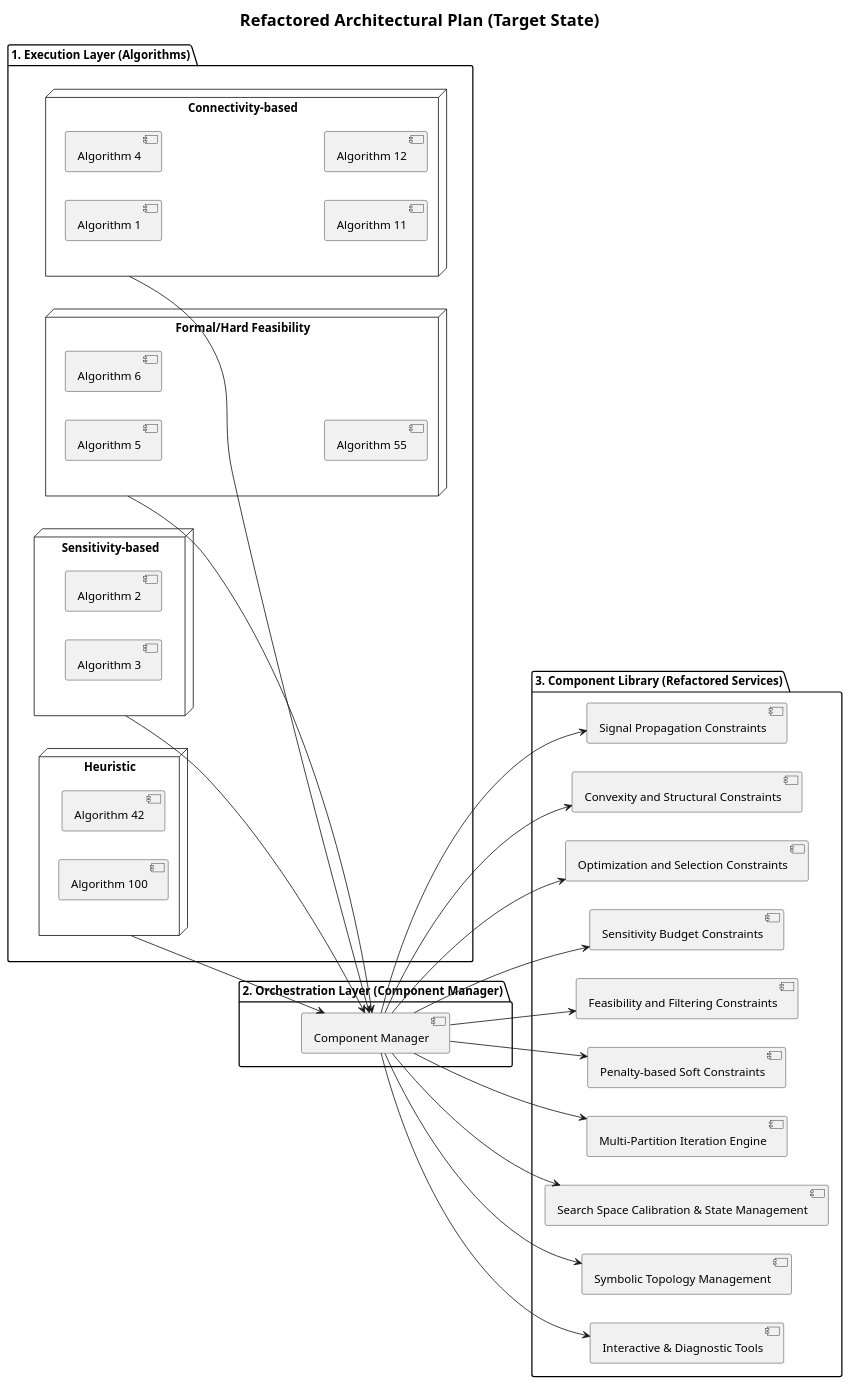
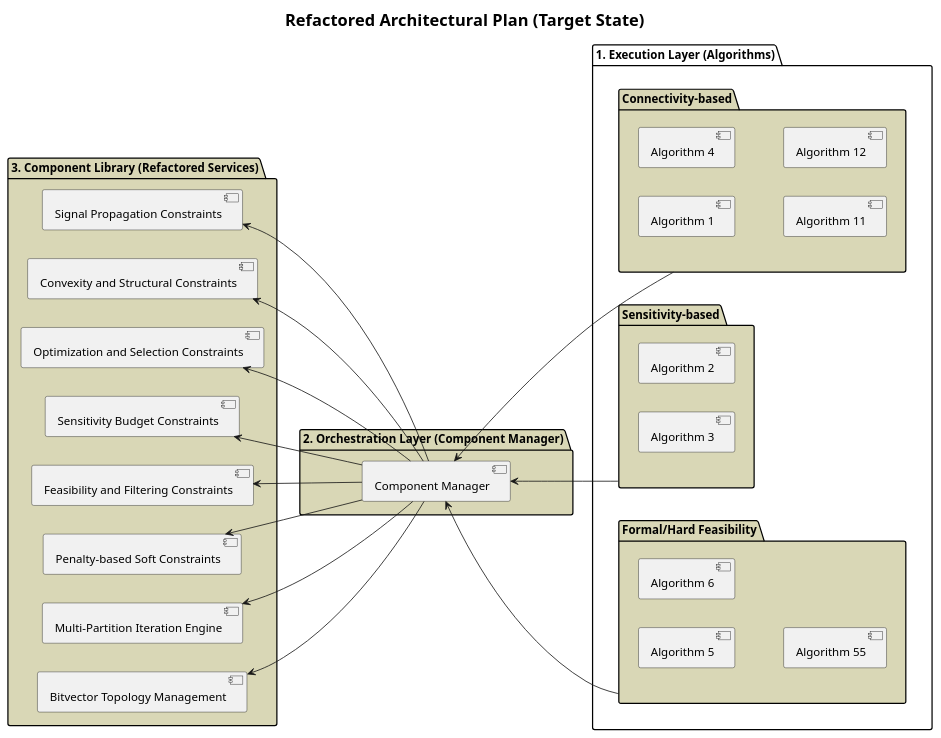
Before and after one commit to LP-RG/subxpat: the diagram in sxpat/docs/subgraph_extraction/refactored_architecture_plan.puml, drawn with PlantUML. The commit also changed 1 other file, not shown here.

Commit message:
#202: docs(architecture): redesign architecture map to target refactored state

```diff
--- a/sxpat/docs/subgraph_extraction/refactored_architecture_plan.puml
+++ b/sxpat/docs/subgraph_extraction/refactored_architecture_plan.puml
@@ -1,68 +1,58 @@
 @startuml refactored_architecture_map
 skinparam componentStyle uml2
 skinparam titleFontSize 20
 left to right direction
 
 title 
 Refactored Architectural Plan (Target State)
 end title
 
-
-package "1. Execution Layer (Algorithms)" as L1 {
-    node "Connectivity-based" {
+package "1. Execution Layer (Algorithms)" {
+    package "Connectivity-based" #D9D7B6 {
         [Algorithm 1] as A1
         [Algorithm 4] as A4
         [Algorithm 11] as A11
         [Algorithm 12] as A12
     }
-    node "Sensitivity-based" {
+    package "Sensitivity-based" #D9D7B6 {
         [Algorithm 2] as A2
         [Algorithm 3] as A3
     }
-    node "Formal/Hard Feasibility" {
+    package "Formal/Hard Feasibility" #D9D7B6 {
         [Algorithm 5] as A5
         [Algorithm 6] as A6
         [Algorithm 55] as A55
     }
-    node "Heuristic" {
-        [Algorithm 42] as A42
-        [Algorithm 100] as A100
-    }
 }
 
-package "2. Orchestration Layer (Component Manager)" as L2 {
+package "2. Orchestration Layer (Component Manager)" #D9D7B6 {
     [Component Manager] as CM
 }
 
-package "3. Component Library (Refactored Services)" as L3 {
+package "3. Component Library (Refactored Services)" #D9D7B6 {
     [Signal Propagation Constraints] as SP
     [Convexity and Structural Constraints] as CS
     [Optimization and Selection Constraints] as OS
     [Sensitivity Budget Constraints] as SB
     [Feasibility and Filtering Constraints] as FF
     [Penalty-based Soft Constraints] as PS
     [Multi-Partition Iteration Engine] as MPE
-    [Search Space Calibration & State Management] as SSCSM
-    [Symbolic Topology Management] as STM
-    [Interactive & Diagnostic Tools] as IDT
+    [Bitvector Topology Management] as BTM
 }
 
 ' All algorithms communicate through the Manager
-[Connectivity-based] --> CM
-[Sensitivity-based] --> CM
-[Formal/Hard Feasibility] --> CM
-[Heuristic] --> CM
+CM <-- [Connectivity-based] 
+CM <-- [Sensitivity-based] 
+CM <-- [Formal/Hard Feasibility] 
 
 ' Manager distributes to the refactored library
-CM --> SP
-CM --> CS
-CM --> OS
-CM --> SB
-CM --> FF
-CM --> PS
-CM --> MPE
-CM --> SSCSM
-CM --> STM
-CM --> IDT
+SP <-- CM
+CS <-- CM
+OS <-- CM
+SB <-- CM
+FF <-- CM
+PS <-- CM
+MPE <-- CM
+BTM <-- CM
 
 @enduml
```
